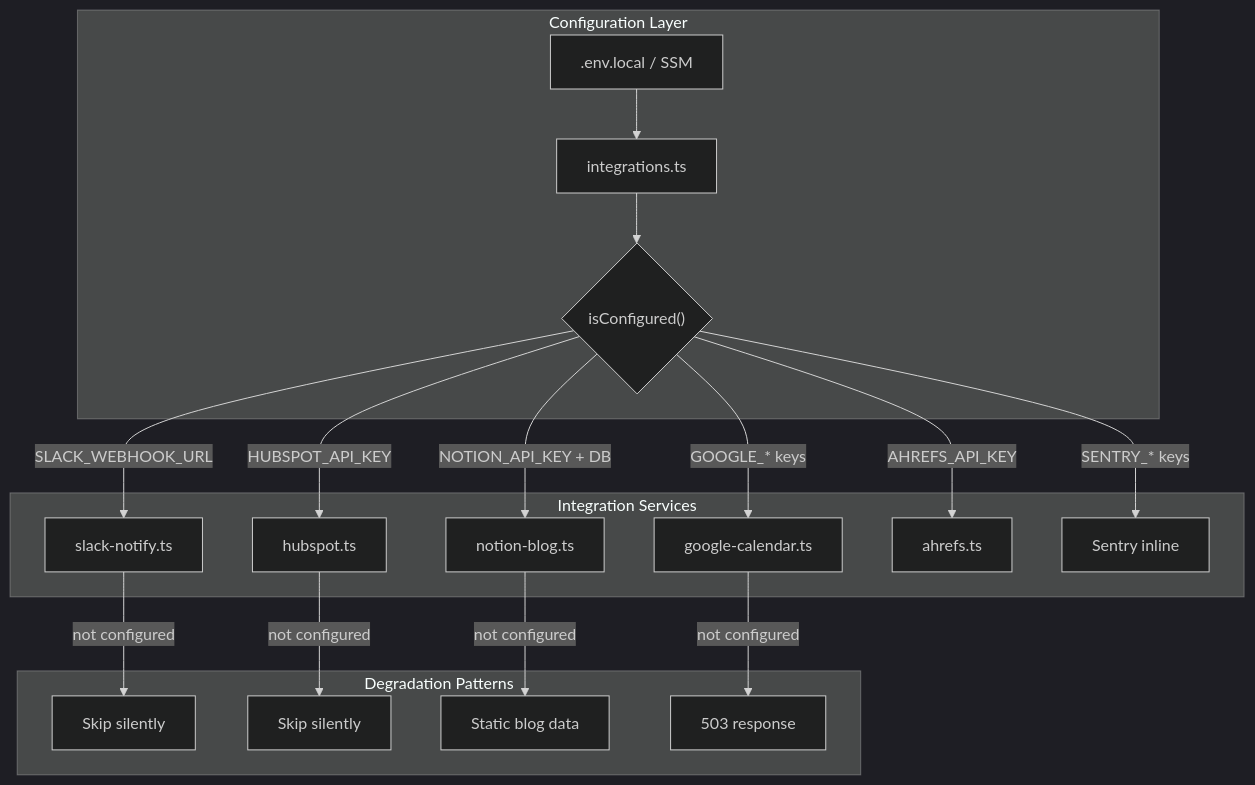
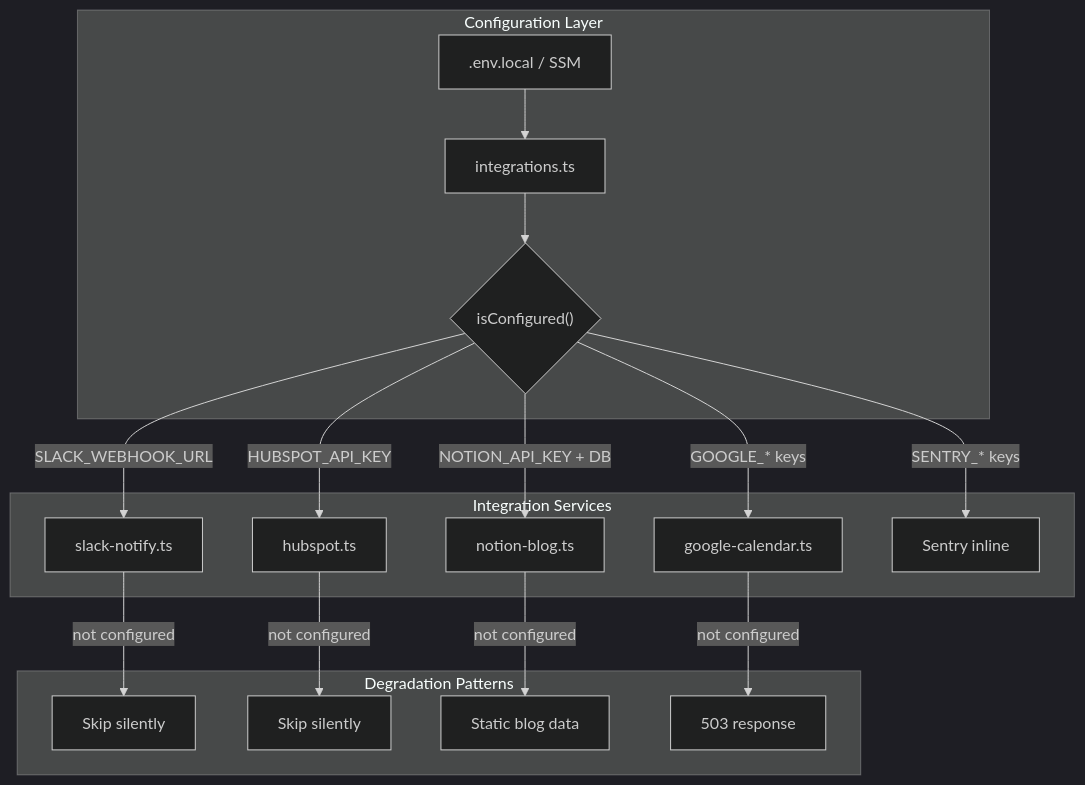
One commit to Themis128/cloudless.gr changed the third of 4 diagrams in AGENTS.md. Above: the diagram before and after it, drawn with Mermaid (dark theme). The commit also changed other lines of this file and 5 other files, not shown here.

````diff
--- a/AGENTS.md
+++ b/AGENTS.md
@@ -344,23 +340,22 @@
 ```mermaid
 graph TB
     subgraph Config["Configuration Layer"]
         Env[".env.local / SSM"] --> IL["integrations.ts"]
         IL --> IC{"isConfigured()"}
     end
 
     subgraph Integrations["Integration Services"]
         IC -->|SLACK_WEBHOOK_URL| Slack["slack-notify.ts"]
         IC -->|HUBSPOT_API_KEY| HS["hubspot.ts"]
         IC -->|NOTION_API_KEY + DB| Notion["notion-blog.ts"]
         IC -->|GOOGLE_* keys| GCal["google-calendar.ts"]
-        IC -->|AHREFS_API_KEY| Ahrefs["ahrefs.ts"]
         IC -->|SENTRY_* keys| Sentry["Sentry inline"]
     end
 
     subgraph Patterns["Degradation Patterns"]
         Slack -->|not configured| SkipS["Skip silently"]
         HS -->|not configured| SkipH["Skip silently"]
         Notion -->|not configured| Fallback["Static blog data"]
         GCal -->|not configured| S503["503 response"]
     end
 ```
````
